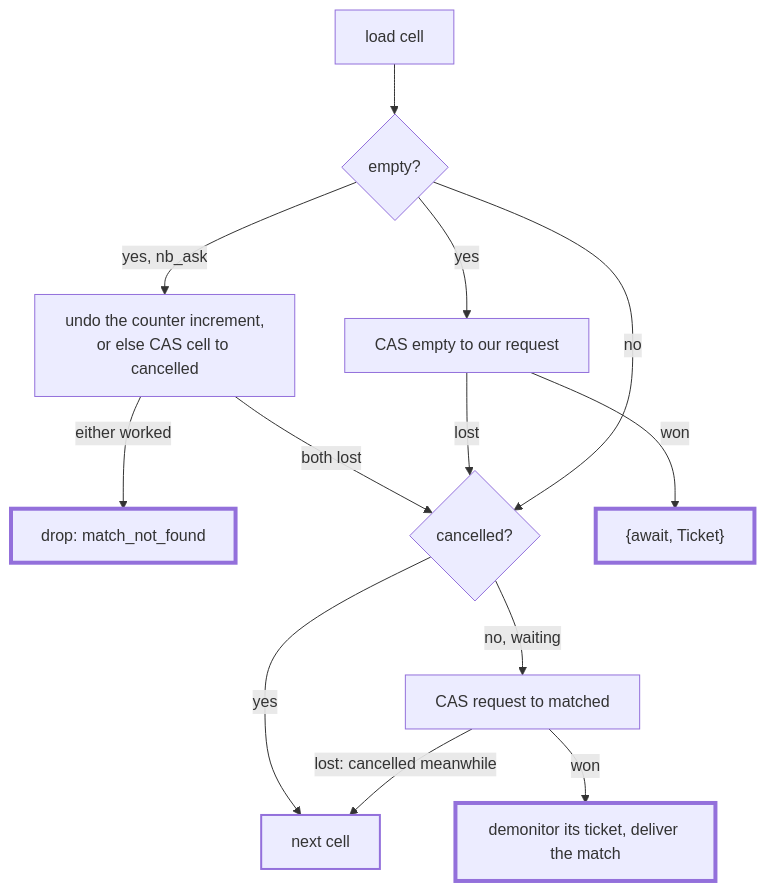
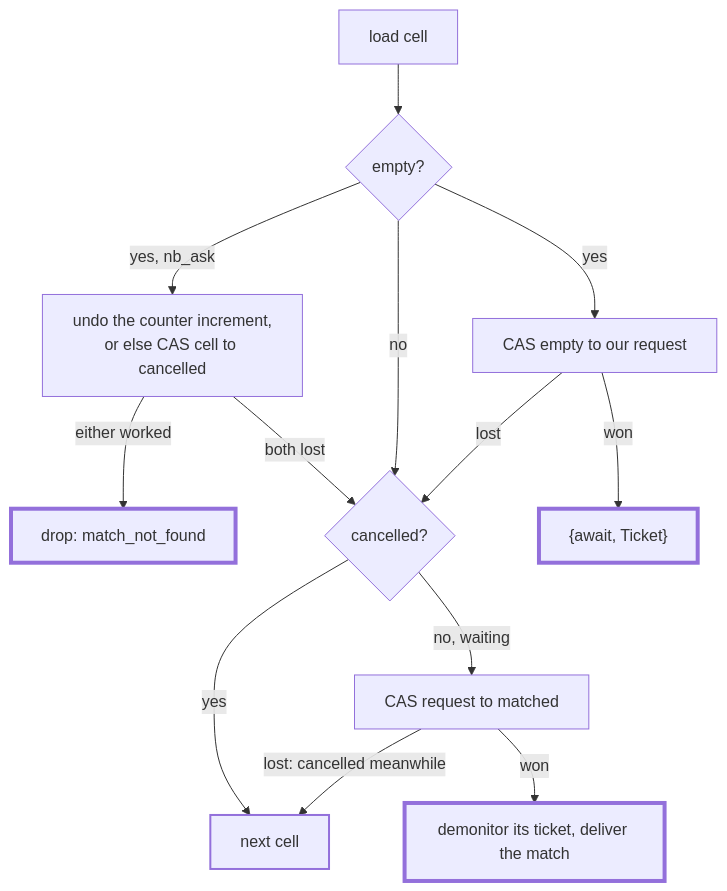
One commit to g-andrade/cbroker changed the second of 3 diagrams in INTERNALS.md. Above: the diagram before and after it, drawn with Mermaid. The commit also changed other lines of this file, not shown here.

Commit message:
Tentatively tweak rendering of cell flowchart

````diff
--- a/INTERNALS.md
+++ b/INTERNALS.md
@@ -131,21 +131,21 @@
 ```mermaid
 flowchart TD
     A[load cell] --> E{empty?}
     E -- yes, nb_ask --> NB[undo the counter increment,<br/>or else CAS cell to cancelled]
+    E -- no --> X{cancelled?}
+    E -- yes --> Q[CAS empty to our request]
     NB -- either worked --> U[drop: match_not_found]
     NB -- both lost --> X
-    E -- yes --> Q[CAS empty to our request]
+    Q -- lost --> X
     Q -- won --> W["{await, Ticket}"]
-    Q -- lost --> X
-    E -- no --> X{cancelled?}
     X -- yes --> N[next cell]
     X -- no, waiting --> M[CAS request to matched]
+    M -- lost: cancelled meanwhile --> N
     M -- won --> D[demonitor its ticket, deliver the match]
-    M -- lost: cancelled meanwhile --> N
 
     classDef final stroke-width:4px
     classDef retry stroke-width:2px
 
     class U,W,D final
     class N retry
 ```
````
